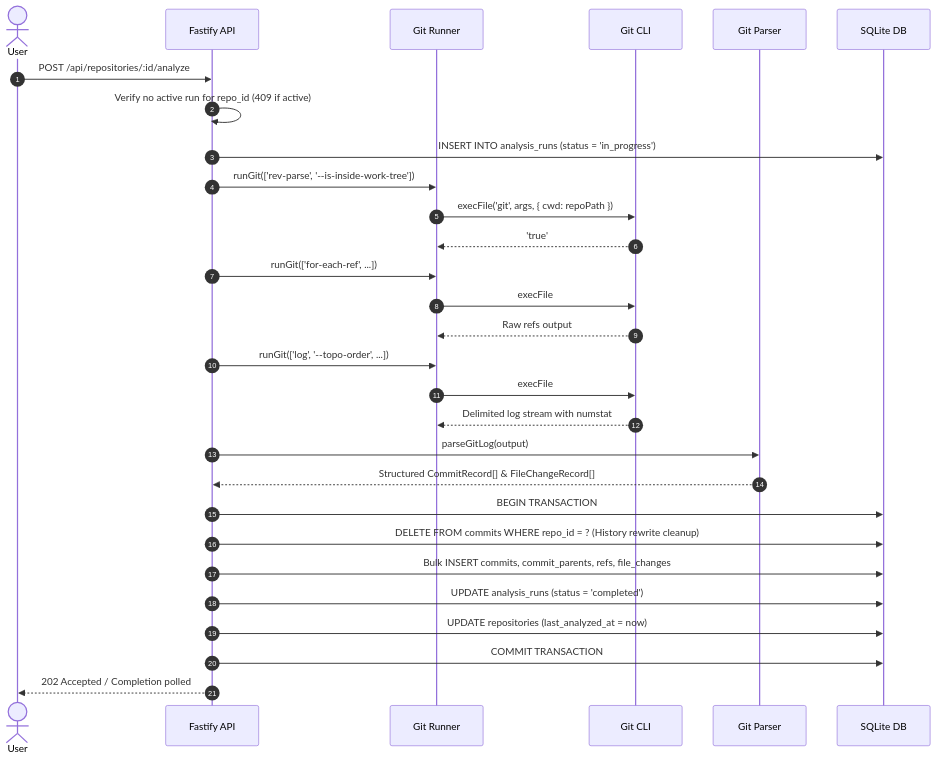
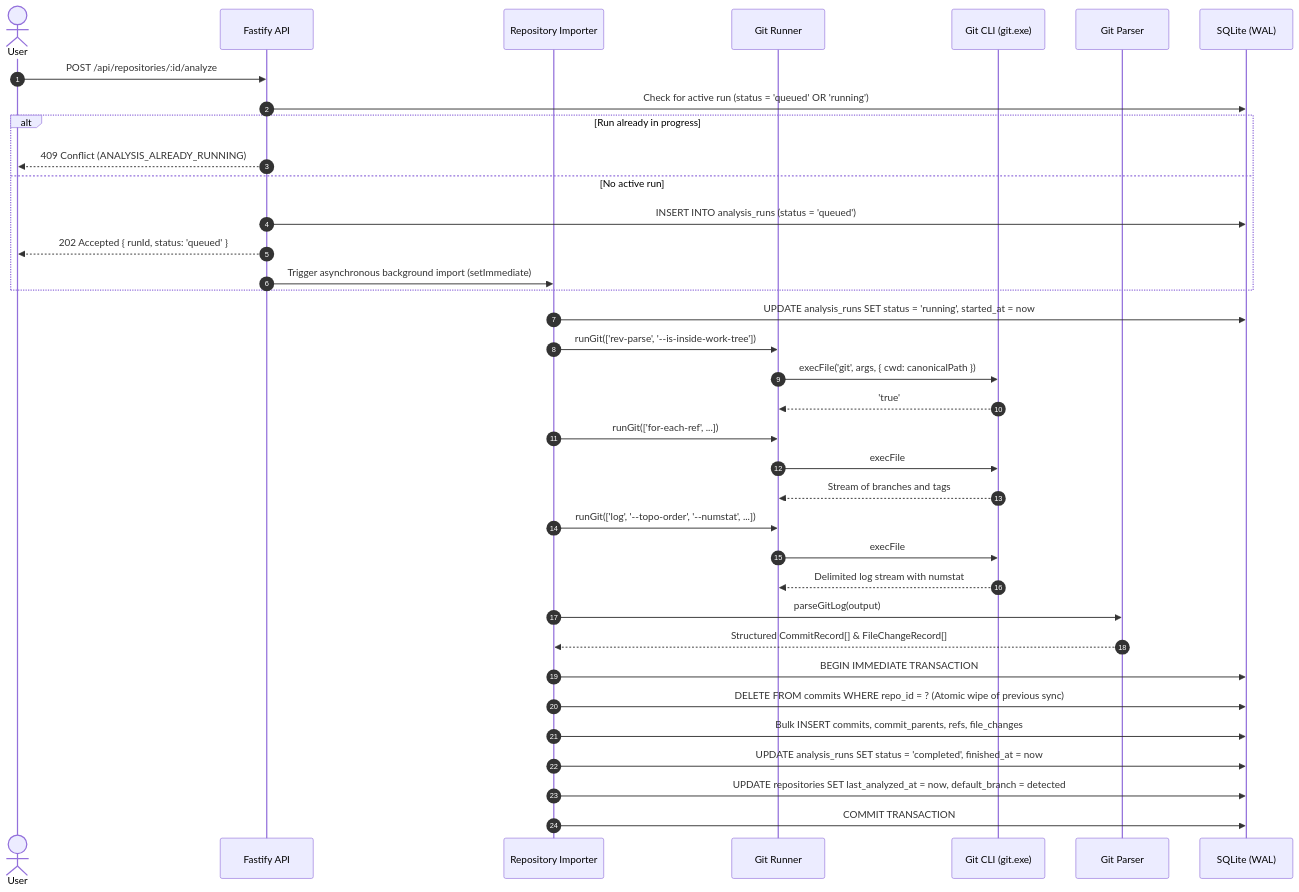
One commit to Justinianus2001/gitscope changed the second of 3 diagrams in docs/architecture.md. Above: the diagram before and after it, drawn with Mermaid. The commit also changed other lines of this file and 5 other files, not shown here.

````diff
--- a/docs/architecture.md
+++ b/docs/architecture.md
@@ -93,37 +123,44 @@
 ```mermaid
 sequenceDiagram
     autonumber
     actor User
     participant API as Fastify API
+    participant Importer as Repository Importer
     participant Runner as Git Runner
-    participant Git as Git CLI
+    participant Git as Git CLI (git.exe)
     participant Parser as Git Parser
-    participant DB as SQLite DB
+    participant DB as SQLite (WAL)
 
     User->>API: POST /api/repositories/:id/analyze
-    API->>API: Verify no active run for repo_id (409 if active)
-    API->>DB: INSERT INTO analysis_runs (status = 'in_progress')
+    API->>DB: Check for active run (status = 'queued' OR 'running')
+    alt Run already in progress
+        API-->>User: 409 Conflict (ANALYSIS_ALREADY_RUNNING)
+    else No active run
+        API->>DB: INSERT INTO analysis_runs (status = 'queued')
+        API-->>User: 202 Accepted { runId, status: 'queued' }
+        API->>Importer: Trigger asynchronous background import (setImmediate)
+    end
 
-    API->>Runner: runGit(['rev-parse', '--is-inside-work-tree'])
-    Runner->>Git: execFile('git', args, { cwd: repoPath })
+    Importer->>DB: UPDATE analysis_runs SET status = 'running', started_at = now
+    Importer->>Runner: runGit(['rev-parse', '--is-inside-work-tree'])
+    Runner->>Git: execFile('git', args, { cwd: canonicalPath })
     Git-->>Runner: 'true'
 
-    API->>Runner: runGit(['for-each-ref', ...])
+    Importer->>Runner: runGit(['for-each-ref', ...])
     Runner->>Git: execFile
-    Git-->>Runner: Raw refs output
+    Git-->>Runner: Stream of branches and tags
 
-    API->>Runner: runGit(['log', '--topo-order', ...])
+    Importer->>Runner: runGit(['log', '--topo-order', '--numstat', ...])
     Runner->>Git: execFile
     Git-->>Runner: Delimited log stream with numstat
 
-    API->>Parser: parseGitLog(output)
-    Parser-->>API: Structured CommitRecord[] & FileChangeRecord[]
+    Importer->>Parser: parseGitLog(output)
+    Parser-->>Importer: Structured CommitRecord[] & FileChangeRecord[]
 
-    API->>DB: BEGIN TRANSACTION
-    API->>DB: DELETE FROM commits WHERE repo_id = ? (History rewrite cleanup)
-    API->>DB: Bulk INSERT commits, commit_parents, refs, file_changes
-    API->>DB: UPDATE analysis_runs (status = 'completed')
-    API->>DB: UPDATE repositories (last_analyzed_at = now)
-    API->>DB: COMMIT TRANSACTION
-    API-->>User: 202 Accepted / Completion polled
+    Importer->>DB: BEGIN IMMEDIATE TRANSACTION
+    Importer->>DB: DELETE FROM commits WHERE repo_id = ? (Atomic wipe of previous sync)
+    Importer->>DB: Bulk INSERT commits, commit_parents, refs, file_changes
+    Importer->>DB: UPDATE analysis_runs SET status = 'completed', finished_at = now
+    Importer->>DB: UPDATE repositories SET last_analyzed_at = now, default_branch = detected
+    Importer->>DB: COMMIT TRANSACTION
 ```
````
